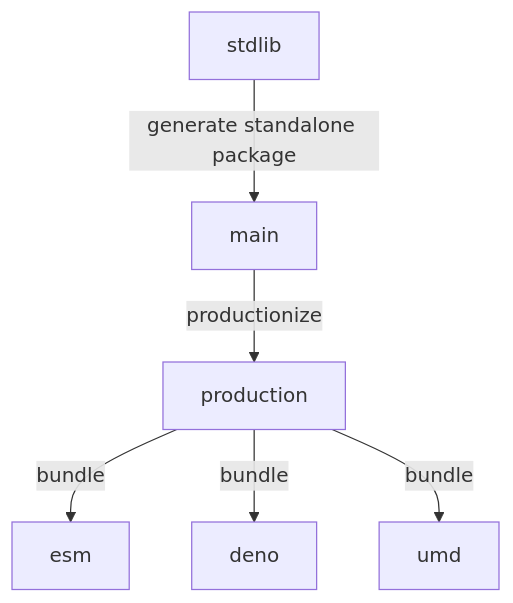
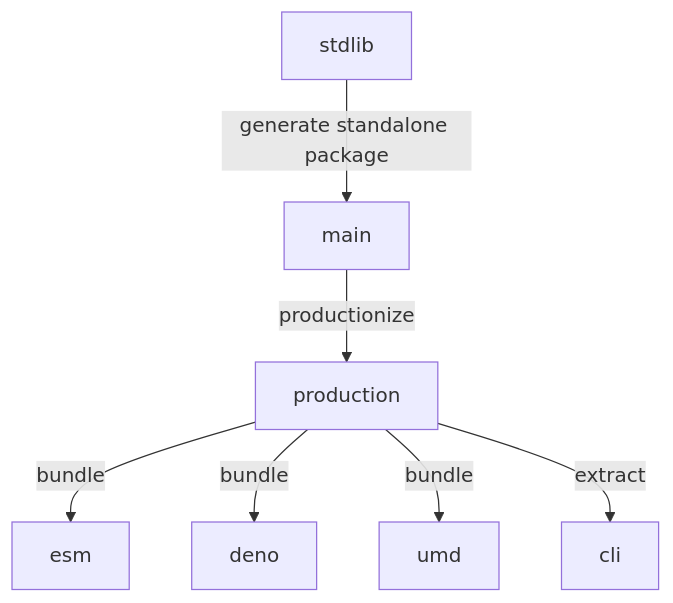
Before and after one commit to stdlib-js/time-minutes-in-year: the diagram in branches.md, drawn with Mermaid. The commit also changed other lines of this file and 8 other files, not shown here.

````diff
--- a/branches.md
+++ b/branches.md
@@ -33,15 +34,17 @@
 ```mermaid
 graph TD;
 A[stdlib]-->|generate standalone package|B;
 B[main] -->|productionize| C[production];
 C -->|bundle| D[esm];
 C -->|bundle| E[deno];
 C -->|bundle| F[umd];
+C -->|extract| G[cli];
 
-click A href "https://github.com/stdlib-js/stdlib/tree/develop/lib/node_modules/%40stdlib/time/minutes-in-year"
-click B href "https://github.com/stdlib-js/time-minutes-in-year/tree/main"
-click C href "https://github.com/stdlib-js/time-minutes-in-year/tree/production"
-click D href "https://github.com/stdlib-js/time-minutes-in-year/tree/esm"
-click E href "https://github.com/stdlib-js/time-minutes-in-year/tree/deno"
-click F href "https://github.com/stdlib-js/time-minutes-in-year/tree/umd"
+%% click A href "https://github.com/stdlib-js/stdlib/tree/develop/lib/node_modules/%40stdlib/time/minutes-in-year"
+%% click B href "https://github.com/stdlib-js/time-minutes-in-year/tree/main"
+%% click C href "https://github.com/stdlib-js/time-minutes-in-year/tree/production"
+%% click D href "https://github.com/stdlib-js/time-minutes-in-year/tree/esm"
+%% click E href "https://github.com/stdlib-js/time-minutes-in-year/tree/deno"
+%% click F href "https://github.com/stdlib-js/time-minutes-in-year/tree/umd"
+%% click G href "https://github.com/stdlib-js/time-minutes-in-year/tree/cli"
 ```
````
